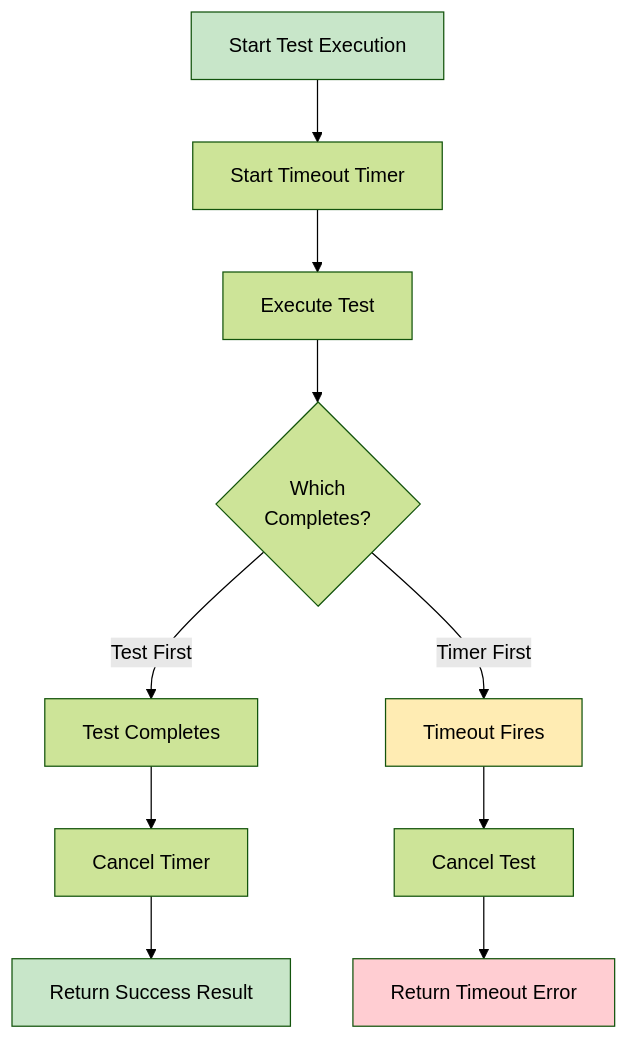
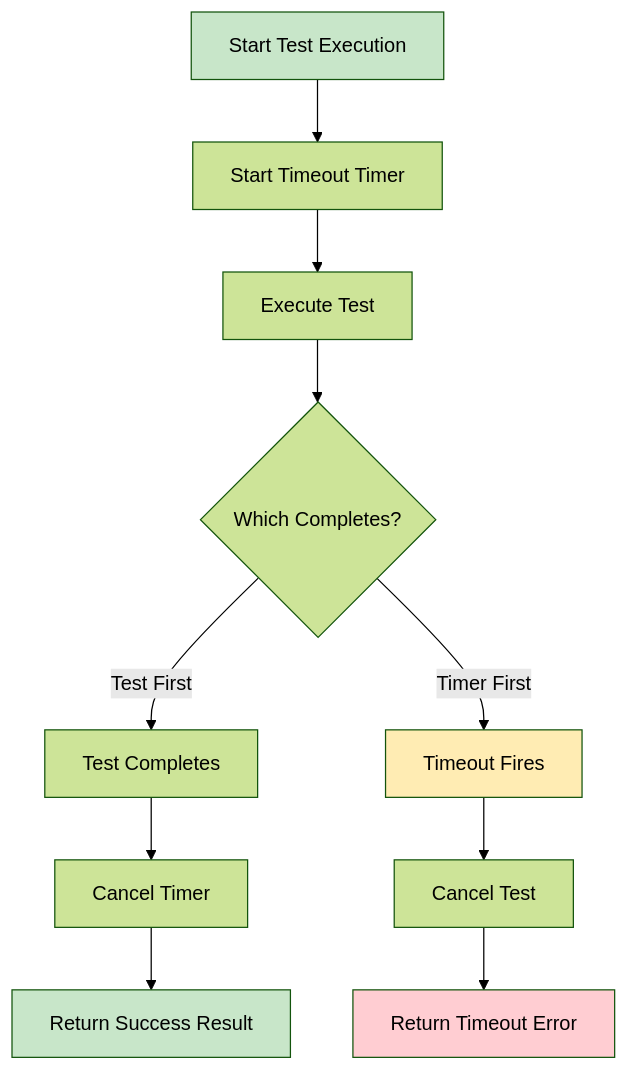
One commit to softwarewrighter/ui-test-rs changed the tenth of 15 diagrams in wiki/Test-Runner.md. Above: the diagram before and after it, drawn with Mermaid (forest theme). The commit also changed other lines of this file and 10 other files, not shown here.

First line of the commit message:
Fix wiki Mermaid diagrams: remove <br/> tags

````diff
--- a/wiki/Test-Runner.md
+++ b/wiki/Test-Runner.md
@@ -344,35 +344,35 @@
 ```mermaid
 flowchart TB
     StartTest[Start Test Execution]
     Timer[Start Timeout Timer]
     Execute[Execute Test]
 
-    Race{Which<br/>Completes?}
+    Race{Which Completes?}
 
     TestDone[Test Completes]
     Timeout[Timeout Fires]
 
     CancelTimer[Cancel Timer]
     CancelTest[Cancel Test]
 
     Success[Return Success Result]
     TimeoutError[Return Timeout Error]
 
     StartTest --> Timer
     Timer --> Execute
 
     Execute --> Race
     Race -->|Test First| TestDone
     Race -->|Timer First| Timeout
 
     TestDone --> CancelTimer
     Timeout --> CancelTest
 
     CancelTimer --> Success
     CancelTest --> TimeoutError
 
     style StartTest fill:#c8e6c9
     style Timeout fill:#ffecb3
     style TimeoutError fill:#ffcdd2
     style Success fill:#c8e6c9
 ```
````
